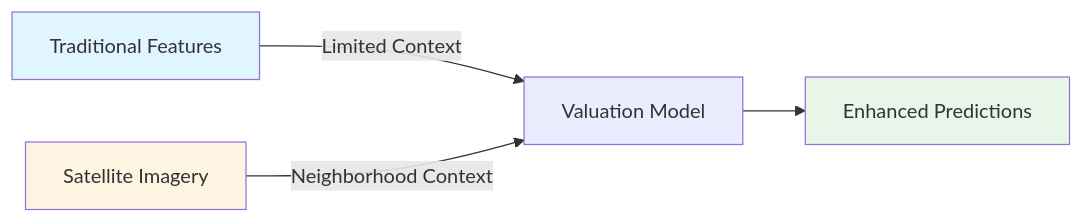
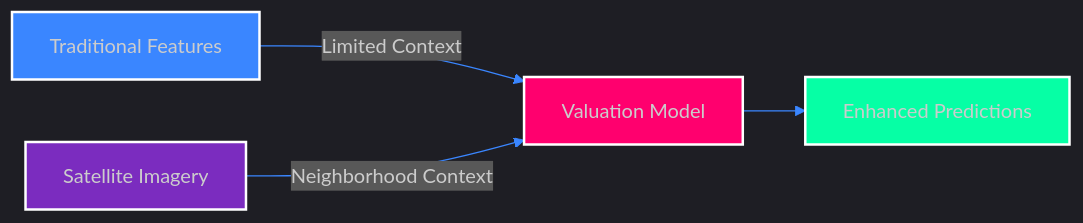
One commit to Rahul2512Chauhan/Satellite-Imagery-Based-Property-Valuation changed the first of 2 diagrams in README.md. Above: the diagram before and after it, drawn with Mermaid. The commit also changed other lines of this file, not shown here.

````diff
--- a/README.md
+++ b/README.md
@@ -53,10 +61,12 @@
 ```mermaid
+%%{init: {'theme':'dark', 'themeVariables': {'primaryColor':'#7B2CBF', 'primaryTextColor':'#fff', 'lineColor':'#3A86FF', 'secondaryColor':'#06FFA5'}}}%%
 graph LR
     A[Traditional Features] -->|Limited Context| B[Valuation Model]
     C[Satellite Imagery] -->|Neighborhood Context| B
     B --> D[Enhanced Predictions]
     
-    style A fill:#e1f5ff
-    style C fill:#fff4e1
-    style D fill:#e8f5e9
+    style A fill:#3A86FF,stroke:#fff,stroke-width:2px
+    style C fill:#7B2CBF,stroke:#fff,stroke-width:2px
+    style D fill:#06FFA5,stroke:#fff,stroke-width:2px
+    style B fill:#FF006E,stroke:#fff,stroke-width:2px
 ```
````
